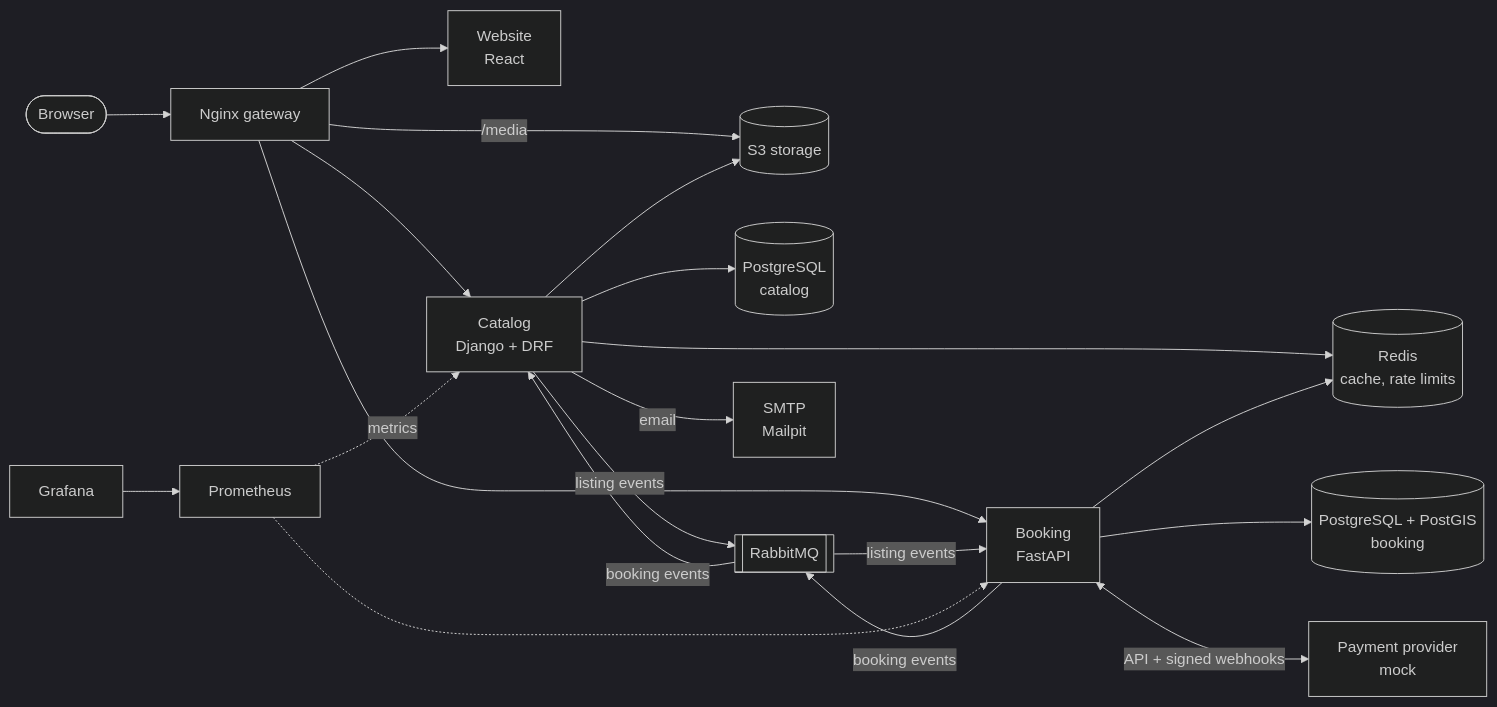
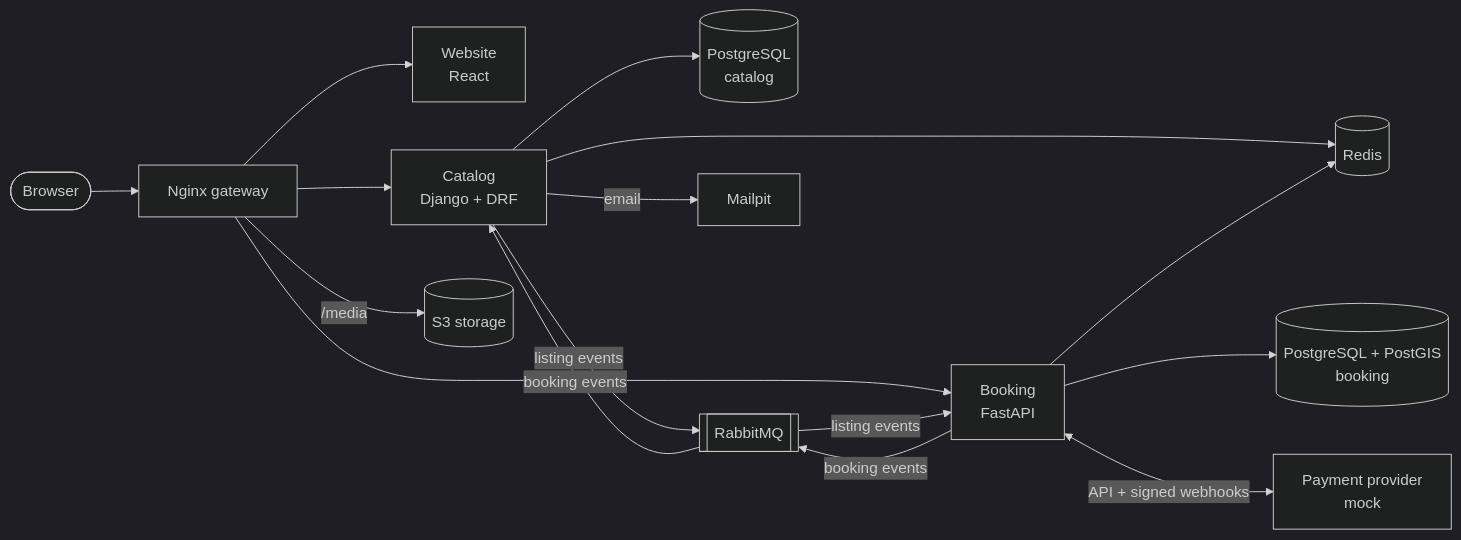
One commit to Nersaa/booking-platform changed the diagram in README.md. Above: the diagram before and after it, drawn with Mermaid (dark theme). The commit also changed other lines of this file and 1 other file, not shown here.

````diff
--- a/README.md
+++ b/README.md
@@ -54,21 +42,17 @@
 ```mermaid
 flowchart LR
     client([Browser]) --> nginx[Nginx gateway]
     nginx --> web[Website<br/>React]
     nginx --> catalog[Catalog<br/>Django + DRF]
     nginx --> booking[Booking<br/>FastAPI]
     nginx -- /media --> s3[(S3 storage)]
     catalog --> catalogdb[(PostgreSQL<br/>catalog)]
     booking --> bookingdb[(PostgreSQL + PostGIS<br/>booking)]
-    catalog & booking --> redis[(Redis<br/>cache, rate limits)]
+    catalog & booking --> redis[(Redis)]
     catalog -- listing events --> mq[[RabbitMQ]]
     mq -- listing events --> booking
     booking -- booking events --> mq
     mq -- booking events --> catalog
-    catalog --> s3
     booking <-- API + signed webhooks --> pay[Payment provider<br/>mock]
-    catalog -- email --> smtp[SMTP<br/>Mailpit]
-    prom[Prometheus] -. metrics .-> catalog
-    prom -.-> booking
-    grafana[Grafana] --> prom
+    catalog -- email --> smtp[Mailpit]
 ```
````
